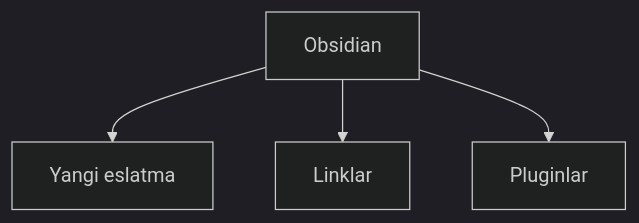
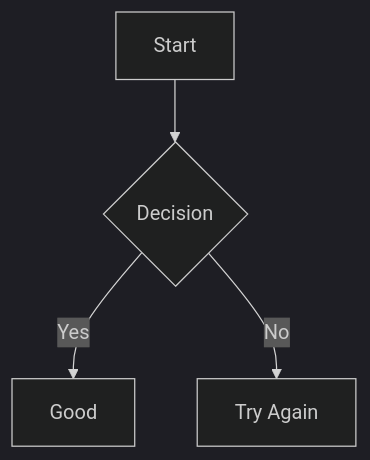
Before and after one commit to fargonee/garden: the first of 2 diagrams in src/site/notes/EDUCATION/Obsidian tutorial/Basic.uz.md, drawn with Mermaid (dark theme). The commit also changed other lines of this file, not shown here.

````diff
--- a/src/site/notes/EDUCATION/Obsidian tutorial/Basic.uz.md
+++ b/src/site/notes/EDUCATION/Obsidian tutorial/Basic.uz.md
@@ -207,6 +492,6 @@
 ```mermaid
 graph TD
-    A[Obsidian] --> B[Yangi eslatma]
-    A --> C[Linklar]
-    A --> D[Pluginlar]
+    A[Start] --> B{Decision}
+    B -->|Yes| C[Good]
+    B -->|No| D[Try Again]
 ```
````
